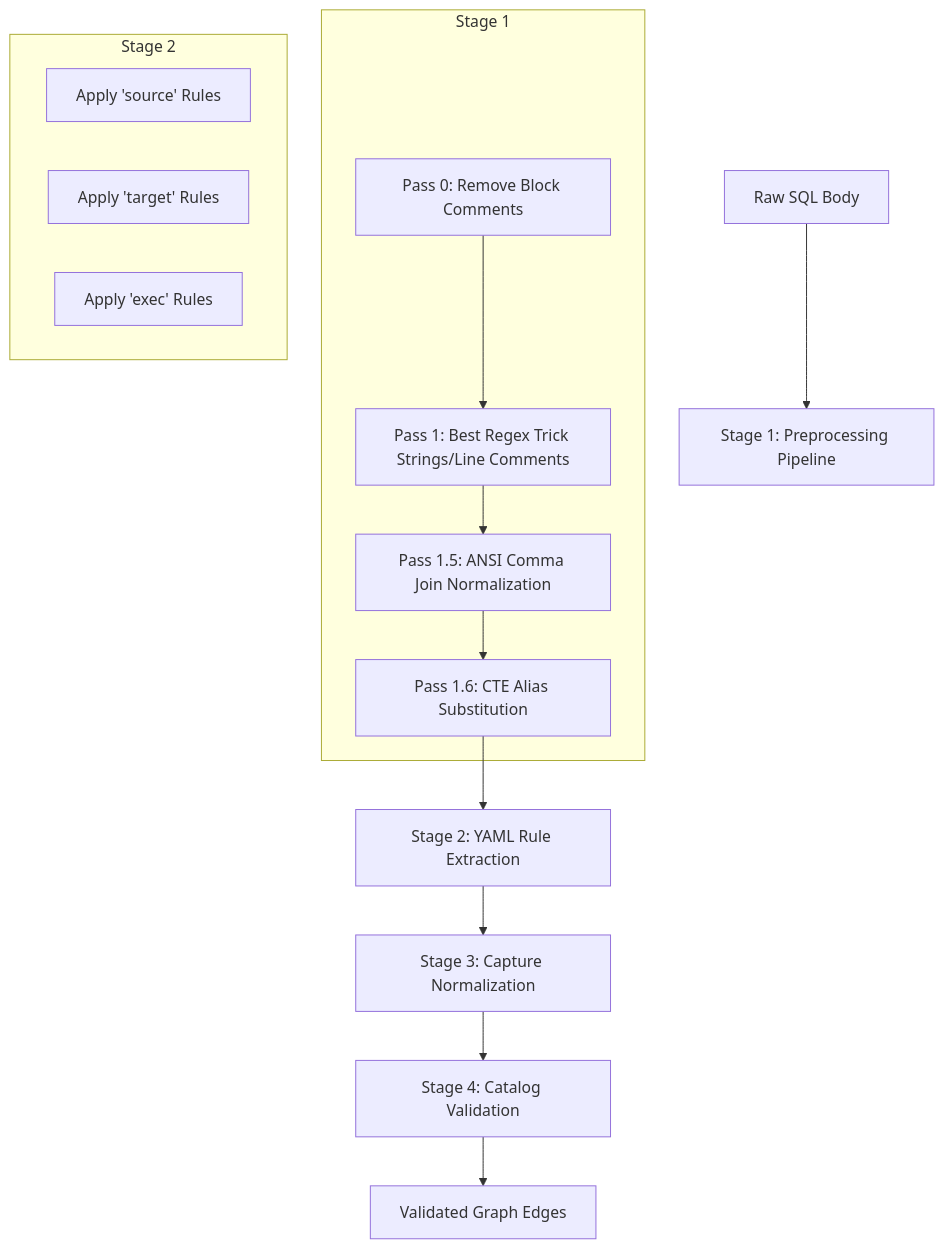
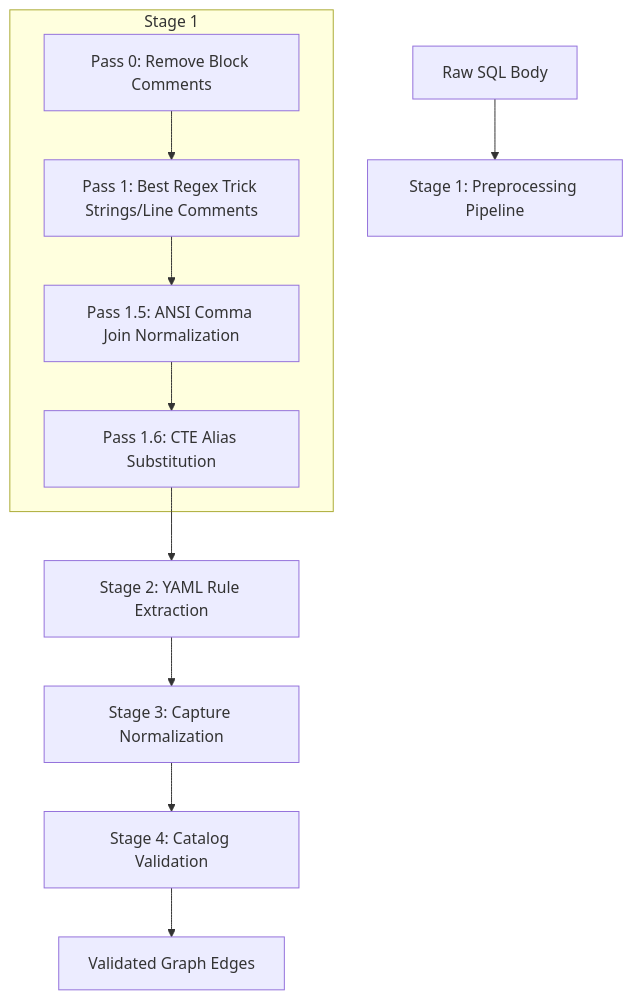
One commit to ChrisDevRepo/vscode_data_lineage changed the diagram in docs/PARSE_RULES.md. Above: the diagram before and after it, drawn with Mermaid. The commit also changed other lines of this file and 14 other files, not shown here.

````diff
--- a/docs/PARSE_RULES.md
+++ b/docs/PARSE_RULES.md
@@ -15,27 +8,18 @@
 ```mermaid
 flowchart TD
     A[Raw SQL Body] --> B[Stage 1: Preprocessing Pipeline]
     
     subgraph Stage 1
         B1[Pass 0: Remove Block Comments]
         B2[Pass 1: Best Regex Trick Strings/Line Comments]
         B3[Pass 1.5: ANSI Comma Join Normalization]
         B4[Pass 1.6: CTE Alias Substitution]
         
         B1 --> B2 --> B3 --> B4
     end
     
     B4 --> C[Stage 2: YAML Rule Extraction]
-    
-    subgraph Stage 2
-        C1[Apply 'source' Rules]
-        C2[Apply 'target' Rules]
-        C3[Apply 'exec' Rules]
-        
-        C1 & C2 & C3
-    end
-    
     C --> D[Stage 3: Capture Normalization]
     D --> E[Stage 4: Catalog Validation]
     E --> F[Validated Graph Edges]
 ```
````
